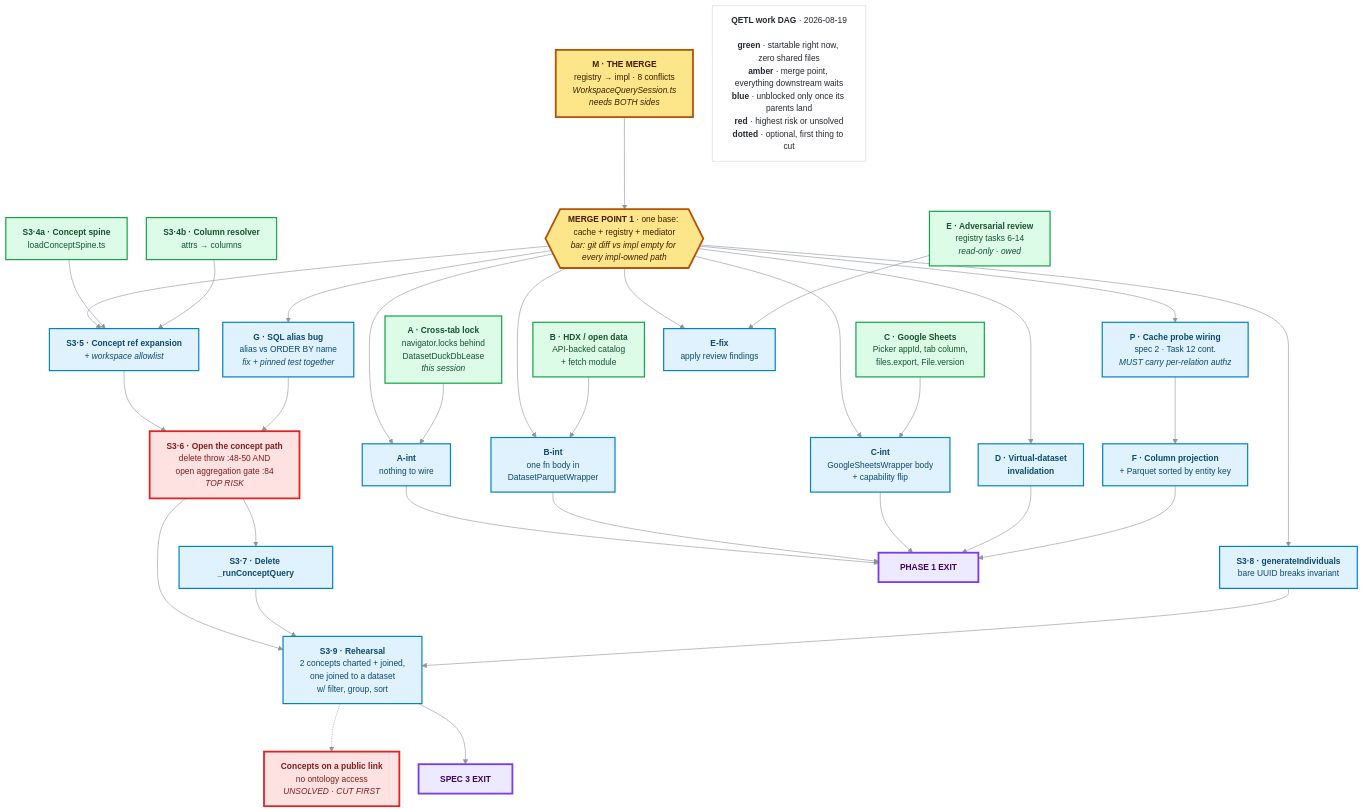
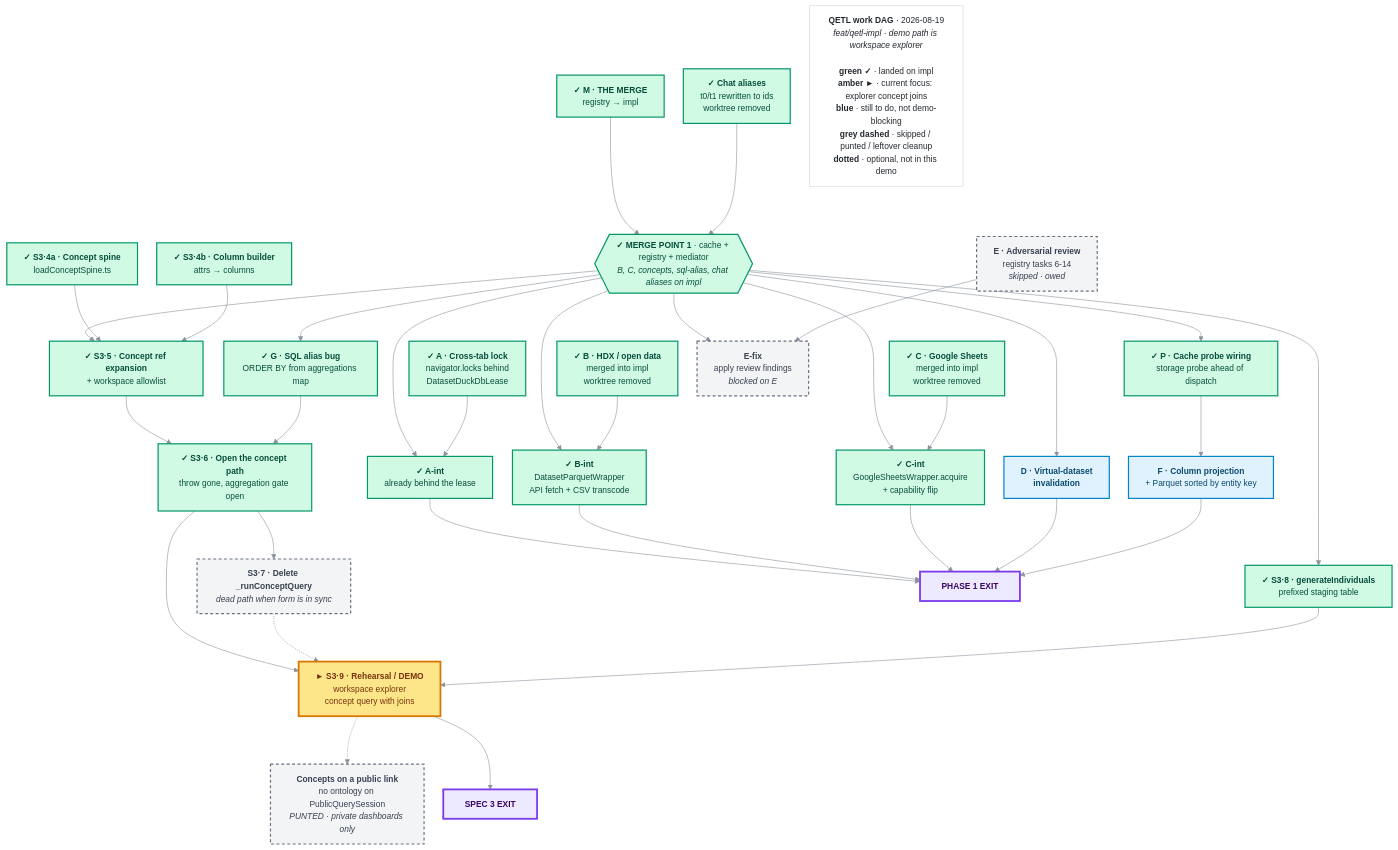
Before and after one commit to AvandarLabs/avandar: the diagram in docs/superpowers/plans/2026-08-19-qetl-parallelization.md, drawn with Mermaid. The commit also changed other lines of this file and 182 other files, not shown here.

````diff
--- a/docs/superpowers/plans/2026-08-19-qetl-parallelization.md
+++ b/docs/superpowers/plans/2026-08-19-qetl-parallelization.md
@@ -328,39 +331,41 @@
 ---
 flowchart TD
 
-  M["<b>M · THE MERGE</b><br/>registry → impl · 8 conflicts<br/><i>WorkspaceQuerySession.ts<br/>needs BOTH sides</i>"]
-  A["<b>A · Cross-tab lock</b><br/>navigator.locks behind<br/>DatasetDuckDbLease<br/><i>this session</i>"]
-  B["<b>B · HDX / open data</b><br/>API-backed catalog<br/>+ fetch module"]
-  C["<b>C · Google Sheets</b><br/>Picker appId, tab column,<br/>files.export, File.version"]
-  E["<b>E · Adversarial review</b><br/>registry tasks 6-14<br/><i>read-only · owed</i>"]
-  S4a["<b>S3·4a · Concept spine</b><br/>loadConceptSpine.ts"]
-  S4b["<b>S3·4b · Column resolver</b><br/>attrs → columns"]
+  M["<b>✓ M · THE MERGE</b><br/>registry → impl"]
+  A["<b>✓ A · Cross-tab lock</b><br/>navigator.locks behind<br/>DatasetDuckDbLease"]
+  B["<b>✓ B · HDX / open data</b><br/>merged into impl<br/>worktree removed"]
+  C["<b>✓ C · Google Sheets</b><br/>merged into impl<br/>worktree removed"]
+  CHAT["<b>✓ Chat aliases</b><br/>t0/t1 rewritten to ids<br/>worktree removed"]
+  E["<b>E · Adversarial review</b><br/>registry tasks 6-14<br/><i>skipped · owed</i>"]
+  S4a["<b>✓ S3·4a · Concept spine</b><br/>loadConceptSpine.ts"]
+  S4b["<b>✓ S3·4b · Column builder</b><br/>attrs → columns"]
 
-  MB{{"<b>MERGE POINT 1</b> · one base: cache + registry + mediator<br/><i>bar: git diff vs impl empty for every impl-owned path</i>"}}
+  MB{{"<b>✓ MERGE POINT 1</b> · cache + registry + mediator<br/><i>B, C, concepts, sql-alias, chat aliases on impl</i>"}}
 
-  P["<b>P · Cache probe wiring</b><br/>spec 2 · Task 12 cont.<br/><i>MUST carry per-relation authz</i>"]
+  P["<b>✓ P · Cache probe wiring</b><br/>storage probe ahead of dispatch"]
   D["<b>D · Virtual-dataset<br/>invalidation</b>"]
-  G["<b>G · SQL alias bug</b><br/>alias vs ORDER BY name<br/><i>fix + pinned test together</i>"]
-  S5["<b>S3·5 · Concept ref expansion</b><br/><i>+ workspace allowlist</i>"]
-  S8["<b>S3·8 · generateIndividuals</b><br/>bare UUID breaks invariant"]
-  EF["<b>E-fix</b><br/>apply review findings"]
-  IA["<b>A-int</b><br/>nothing to wire"]
-  IB["<b>B-int</b><br/>one fn body in<br/>DatasetParquetWrapper"]
-  IC["<b>C-int</b><br/>GoogleSheetsWrapper body<br/>+ capability flip"]
+  G["<b>✓ G · SQL alias bug</b><br/>ORDER BY from aggregations map"]
+  S5["<b>✓ S3·5 · Concept ref expansion</b><br/>+ workspace allowlist"]
+  S8["<b>✓ S3·8 · generateIndividuals</b><br/>prefixed staging table"]
+  EF["<b>E-fix</b><br/>apply review findings<br/><i>blocked on E</i>"]
+  IA["<b>✓ A-int</b><br/>already behind the lease"]
+  IB["<b>✓ B-int</b><br/>DatasetParquetWrapper<br/>API fetch + CSV transcode"]
+  IC["<b>✓ C-int</b><br/>GoogleSheetsWrapper.acquire<br/>+ capability flip"]
 
   F["<b>F · Column projection</b><br/>+ Parquet sorted by entity key"]
-  S6["<b>S3·6 · Open the concept path</b><br/>delete throw :48-50 AND<br/>open aggregation gate :84<br/><i>TOP RISK</i>"]
+  S6["<b>✓ S3·6 · Open the concept path</b><br/>throw gone, aggregation gate open"]
 
-  S7["<b>S3·7 · Delete _runConceptQuery</b>"]
+  S7["<b>S3·7 · Delete _runConceptQuery</b><br/><i>dead path when form is in sync</i>"]
 
-  S9["<b>S3·9 · Rehearsal</b><br/>2 concepts charted + joined,<br/>one joined to a dataset<br/>w/ filter, group, sort"]
+  S9["<b>► S3·9 · Rehearsal / DEMO</b><br/>workspace explorer<br/>concept query with joins"]
 
-  PUB["<b>Concepts on a public link</b><br/>no ontology access<br/><i>UNSOLVED · CUT FIRST</i>"]
+  PUB["<b>Concepts on a public link</b><br/>no ontology on PublicQuerySession<br/><i>PUNTED · private dashboards only</i>"]
 
   X1["&nbsp;&nbsp;<b>PHASE 1 EXIT</b>&nbsp;&nbsp;"]
   X2["&nbsp;&nbsp;<b>SPEC 3 EXIT</b>&nbsp;&nbsp;"]
 
   M --> MB
+  CHAT --> MB
   MB --> P & D & G & S5 & S8 & EF & IA & IB & IC
   A --> IA
   B --> IB
@@ -374,26 +379,26 @@
   G --> S6
   S6 --> S7
   S6 --> S9
-  S7 --> S9
+  S7 -.-> S9
   S8 --> S9
   S9 -.-> PUB
 
   IA & IB & IC & D & F --> X1
   S9 --> X2
 
-  LEGEND["<b>QETL work DAG</b> · 2026-08-19<br/><br/><b>green</b> · startable right now, zero shared files<br/><b>amber</b> · merge point, everything downstream waits<br/><b>blue</b> · unblocked only once its parents land<br/><b>red</b> · highest risk or unsolved<br/><b>dotted</b> · optional, first thing to cut"]
+  LEGEND["<b>QETL work DAG</b> · 2026-08-19<br/><i>feat/qetl-impl · demo path is workspace explorer</i><br/><br/><b>green ✓</b> · landed on impl<br/><b>amber ►</b> · current focus: explorer concept joins<br/><b>blue</b> · still to do, not demo-blocking<br/><b>grey dashed</b> · skipped / punted / leftover cleanup<br/><b>dotted</b> · optional, not in this demo"]
 
-  classDef ready fill:#dcfce7,stroke:#16a34a,stroke-width:2px,color:#14532d
-  classDef mergeNode fill:#fde68a,stroke:#b45309,stroke-width:3px,color:#451a03
+  classDef done fill:#d1fae5,stroke:#059669,stroke-width:2px,color:#064e3b
+  classDef now fill:#fde68a,stroke:#d97706,stroke-width:3px,color:#78350f
   classDef seq fill:#e0f2fe,stroke:#0284c7,stroke-width:2px,color:#0c4a6e
-  classDef risk fill:#fee2e2,stroke:#dc2626,stroke-width:3px,color:#7f1d1d
+  classDef owed fill:#f3f4f6,stroke:#6b7280,stroke-width:2px,stroke-dasharray: 5 4,color:#374151
   classDef exit fill:#ede9fe,stroke:#7c3aed,stroke-width:3px,color:#3b0764
   classDef lg fill:#ffffff,stroke:#d0d7de,stroke-width:1px,color:#24292f
 
-  class A,B,C,E,S4a,S4b ready
-  class M,MB mergeNode
-  class P,D,G,S5,S8,EF,IA,IB,IC,F,S7,S9 seq
-  class S6,PUB risk
+  class M,A,B,C,CHAT,S4a,S4b,MB,P,G,S5,S8,IA,IB,IC,S6 done
+  class S9 now
+  class D,F seq
+  class E,EF,S7,PUB owed
   class X1,X2 exit
   class LEGEND lg
 ```
````
